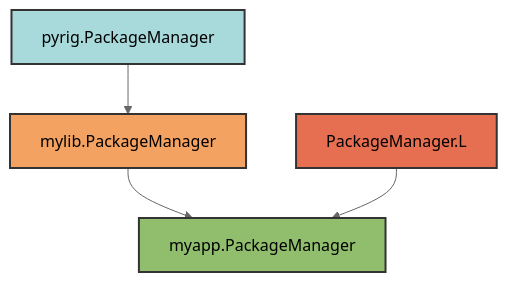
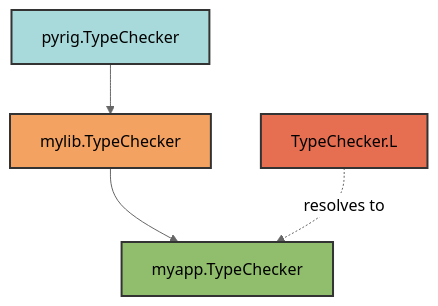
The second of 3 diagrams in docs/management/architecture.md (Winipedia/pyrig), drawn with Mermaid (neutral theme) before and after one commit. The commit also changed other lines of this file and 14 other files, not shown here.

````diff
--- a/docs/management/architecture.md
+++ b/docs/management/architecture.md
@@ -133,11 +46,11 @@
 ```mermaid
 graph TD
-    A[pyrig.PackageManager] --> B[mylib.PackageManager]
-    B --> C[myapp.PackageManager]
-    D["PackageManager.L"] --> C
+    A["pyrig.TypeChecker"] --> B["mylib.TypeChecker"]
+    B --> C["myapp.TypeChecker"]
+    D["TypeChecker.L"] -.->|resolves to| C
 
     style A fill:#a8dadc,stroke:#333,stroke-width:2px,color:#000
     style B fill:#f4a261,stroke:#333,stroke-width:2px,color:#000
     style C fill:#90be6d,stroke:#333,stroke-width:2px,color:#000
     style D fill:#e76f51,stroke:#333,stroke-width:2px,color:#000
 ```
````
